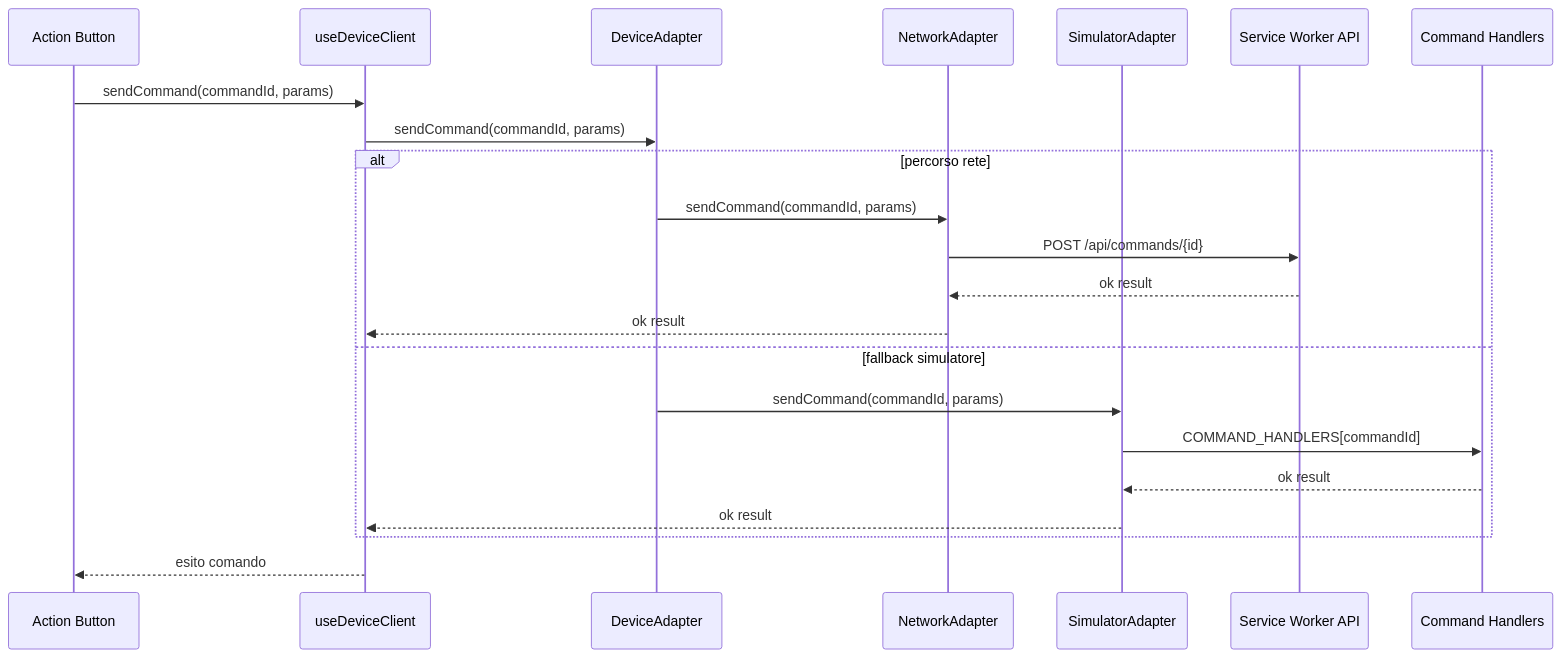
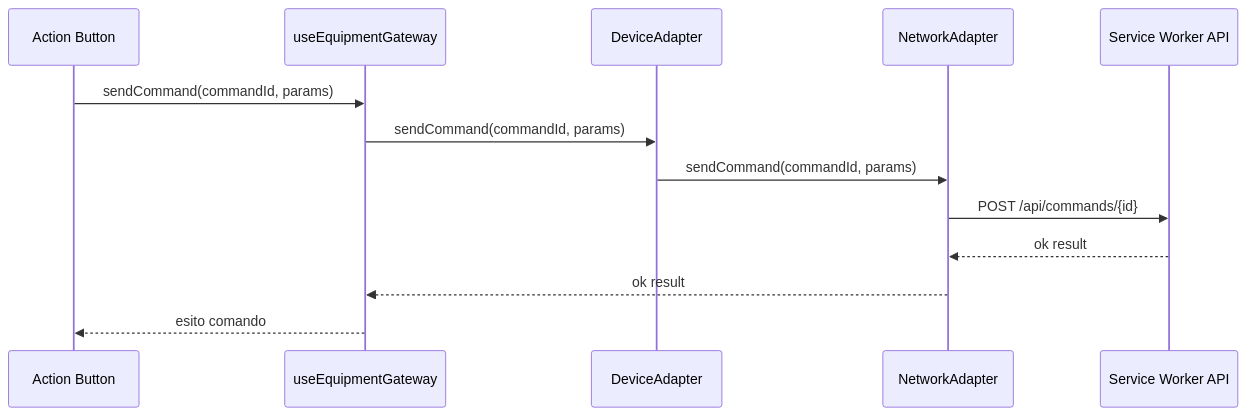
Before and after one commit to mad4j/hmi-demo: the fourth of 6 diagrams in README.md, drawn with Mermaid. The commit also changed other lines of this file and 6 other files, not shown here.

First line of the commit message:
Remove direct simulator; default to NetworkAdapter

````diff
--- a/README.md
+++ b/README.md
@@ -160,25 +126,16 @@
 ```mermaid
 sequenceDiagram
   participant UI as Action Button
-  participant Client as useDeviceClient
+  participant Client as useEquipmentGateway
   participant Adapter as DeviceAdapter
   participant Net as NetworkAdapter
-  participant Sim as SimulatorAdapter
   participant SW as Service Worker API
-  participant Core as Command Handlers
 
   UI->>Client: sendCommand(commandId, params)
   Client->>Adapter: sendCommand(commandId, params)
-  alt percorso rete
-    Adapter->>Net: sendCommand(commandId, params)
-    Net->>SW: POST /api/commands/{id}
-    SW-->>Net: ok result
-    Net-->>Client: ok result
-  else fallback simulatore
-    Adapter->>Sim: sendCommand(commandId, params)
-    Sim->>Core: COMMAND_HANDLERS[commandId]
-    Core-->>Sim: ok result
-    Sim-->>Client: ok result
-  end
+  Adapter->>Net: sendCommand(commandId, params)
+  Net->>SW: POST /api/commands/{id}
+  SW-->>Net: ok result
+  Net-->>Client: ok result
   Client-->>UI: esito comando
 ```
````
